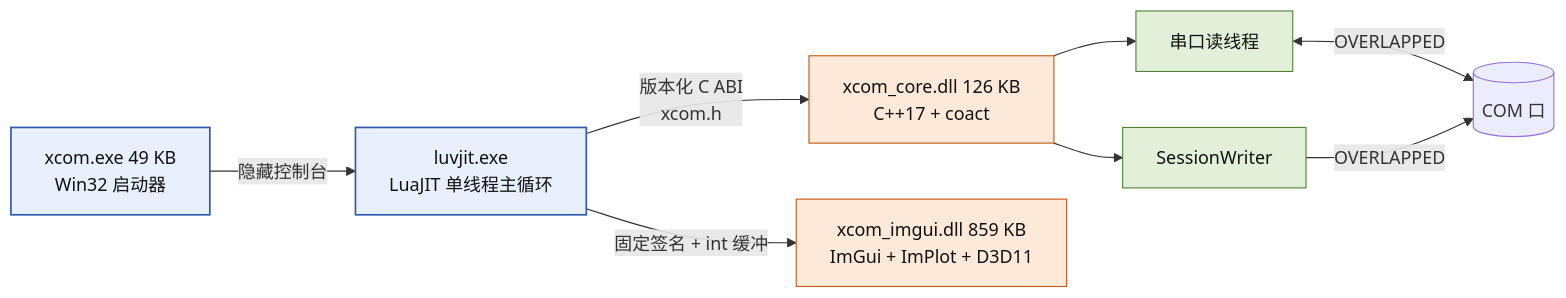
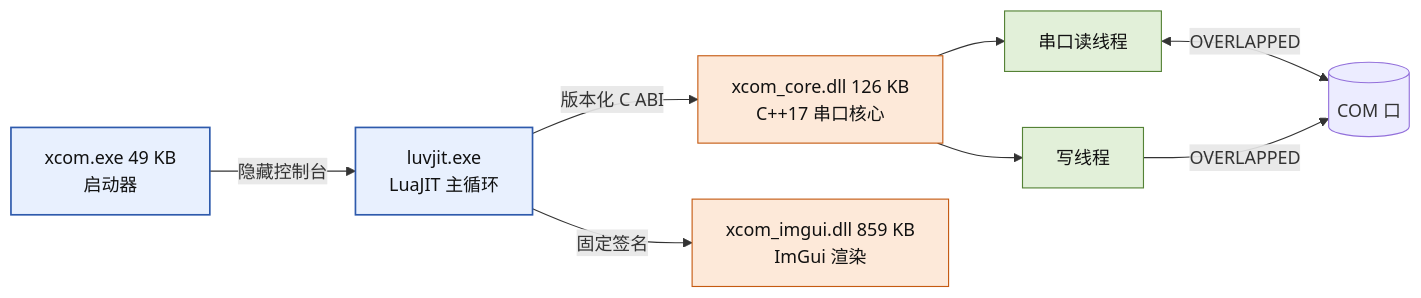
One commit to DeguiLiu/xcom_lua changed the first of 3 diagrams in docs/technical-overview.md. Above: the diagram before and after it, drawn with Mermaid. The commit also changed other lines of this file, not shown here.

````diff
--- a/docs/technical-overview.md
+++ b/docs/technical-overview.md
@@ -14,14 +18,14 @@
 ```mermaid
 flowchart LR
   classDef proc fill:#E8F0FE,stroke:#2E5AAC,color:#111,stroke-width:1.5px
   classDef dll fill:#FDE9D9,stroke:#C55A11,color:#111
   classDef th fill:#E2F0D9,stroke:#548235,color:#111
 
-  EXE["xcom.exe 49 KB<br/>Win32 启动器"]:::proc -->|隐藏控制台| LJ["luvjit.exe<br/>LuaJIT 单线程主循环"]:::proc
-  LJ -->|"版本化 C ABI<br/>xcom.h"| CORE["xcom_core.dll 126 KB<br/>C++17 + coact"]:::dll
-  LJ -->|"固定签名 + int 缓冲"| IMG["xcom_imgui.dll 859 KB<br/>ImGui + ImPlot + D3D11"]:::dll
+  EXE["xcom.exe 49 KB<br/>启动器"]:::proc -->|隐藏控制台| LJ["luvjit.exe<br/>LuaJIT 主循环"]:::proc
+  LJ -->|"版本化 C ABI"| CORE["xcom_core.dll 126 KB<br/>C++17 串口核心"]:::dll
+  LJ -->|"固定签名"| IMG["xcom_imgui.dll 859 KB<br/>ImGui 渲染"]:::dll
   CORE --> RD["串口读线程"]:::th
-  CORE --> WR["SessionWriter"]:::th
+  CORE --> WR["写线程"]:::th
   RD <-->|OVERLAPPED| COM[("COM 口")]
   WR -->|OVERLAPPED| COM
 ```
````
